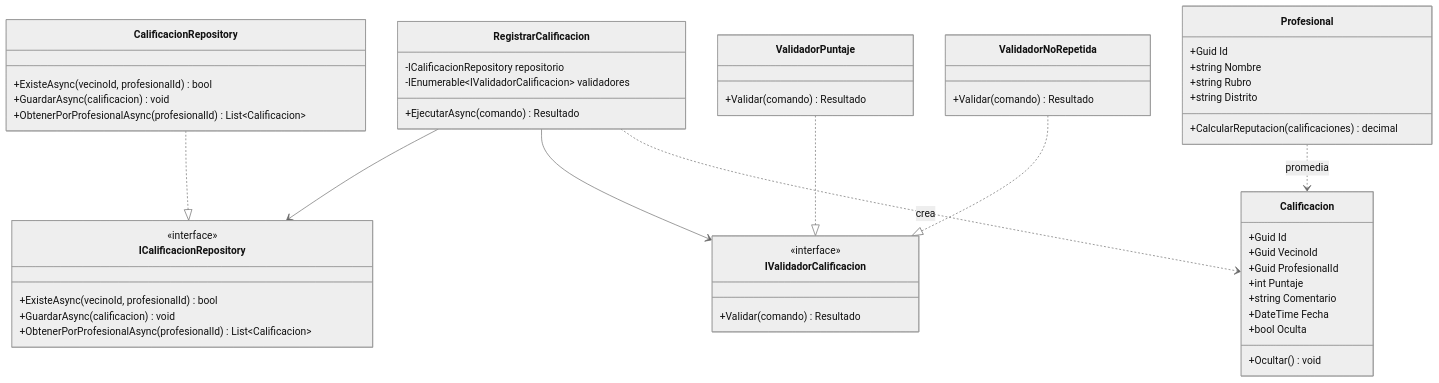
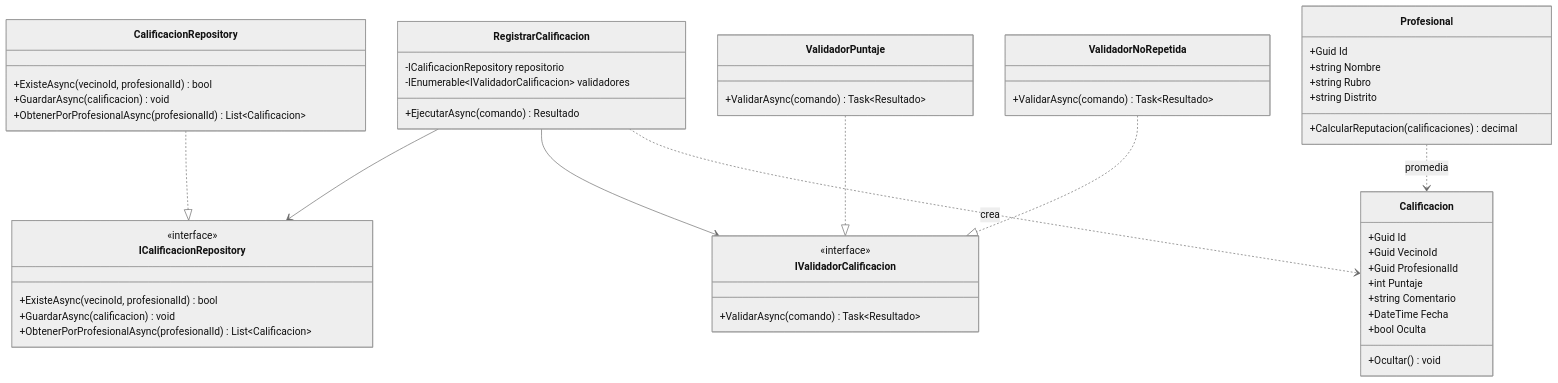
The diagram in docs/04-modelo-c4/Nivel4-DiagramadeCodigo.md (EVERSONALANYA/TrabajoHuamanga-arquitSoft-alanya-tinco), drawn with Mermaid (neutral theme) before and after one commit. The commit also changed other lines of this file and 1 other file, not shown here.

Commit message:
docs: alinear diagrama de codigo C4 nivel 4 con el boilerplate

````diff
--- a/docs/04-modelo-c4/Nivel4-DiagramadeCodigo.md
+++ b/docs/04-modelo-c4/Nivel4-DiagramadeCodigo.md
@@ -5,61 +5,61 @@
 ```mermaid
 classDiagram
     class ICalificacionRepository {
         <<interface>>
         +ExisteAsync(vecinoId, profesionalId) bool
         +GuardarAsync(calificacion) void
         +ObtenerPorProfesionalAsync(profesionalId) List~Calificacion~
     }
 
     class RegistrarCalificacion {
         -ICalificacionRepository repositorio
         -IEnumerable~IValidadorCalificacion~ validadores
         +EjecutarAsync(comando) Resultado
     }
 
     class IValidadorCalificacion {
         <<interface>>
-        +Validar(comando) Resultado
+        +ValidarAsync(comando) Task~Resultado~
     }
 
     class ValidadorPuntaje {
-        +Validar(comando) Resultado
+        +ValidarAsync(comando) Task~Resultado~
     }
 
     class ValidadorNoRepetida {
-        +Validar(comando) Resultado
+        +ValidarAsync(comando) Task~Resultado~
     }
 
     class Calificacion {
         +Guid Id
         +Guid VecinoId
         +Guid ProfesionalId
         +int Puntaje
         +string Comentario
         +DateTime Fecha
         +bool Oculta
         +Ocultar() void
     }
 
     class Profesional {
         +Guid Id
         +string Nombre
         +string Rubro
         +string Distrito
         +CalcularReputacion(calificaciones) decimal
     }
 
     class CalificacionRepository {
         +ExisteAsync(vecinoId, profesionalId) bool
         +GuardarAsync(calificacion) void
         +ObtenerPorProfesionalAsync(profesionalId) List~Calificacion~
     }
 
     RegistrarCalificacion --> ICalificacionRepository
     RegistrarCalificacion --> IValidadorCalificacion
     RegistrarCalificacion ..> Calificacion : crea
     ValidadorPuntaje ..|> IValidadorCalificacion
     ValidadorNoRepetida ..|> IValidadorCalificacion
     CalificacionRepository ..|> ICalificacionRepository
     Profesional ..> Calificacion : promedia
 ```
````
